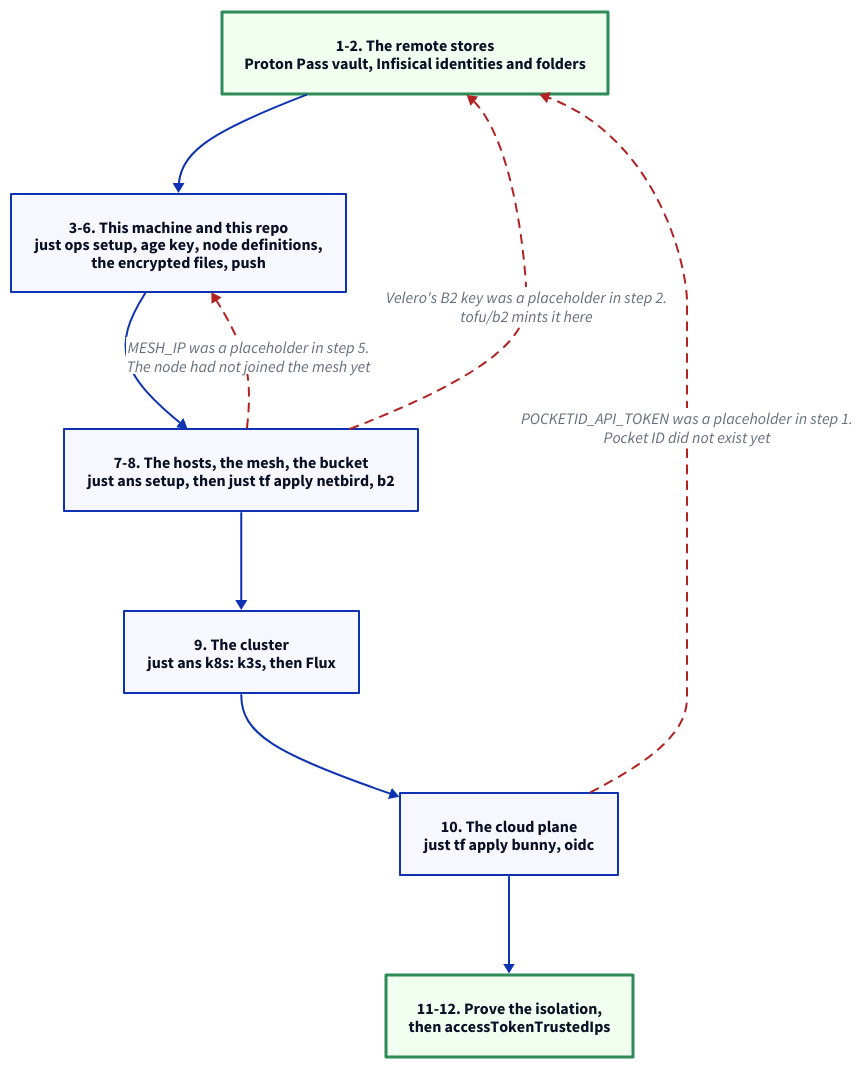
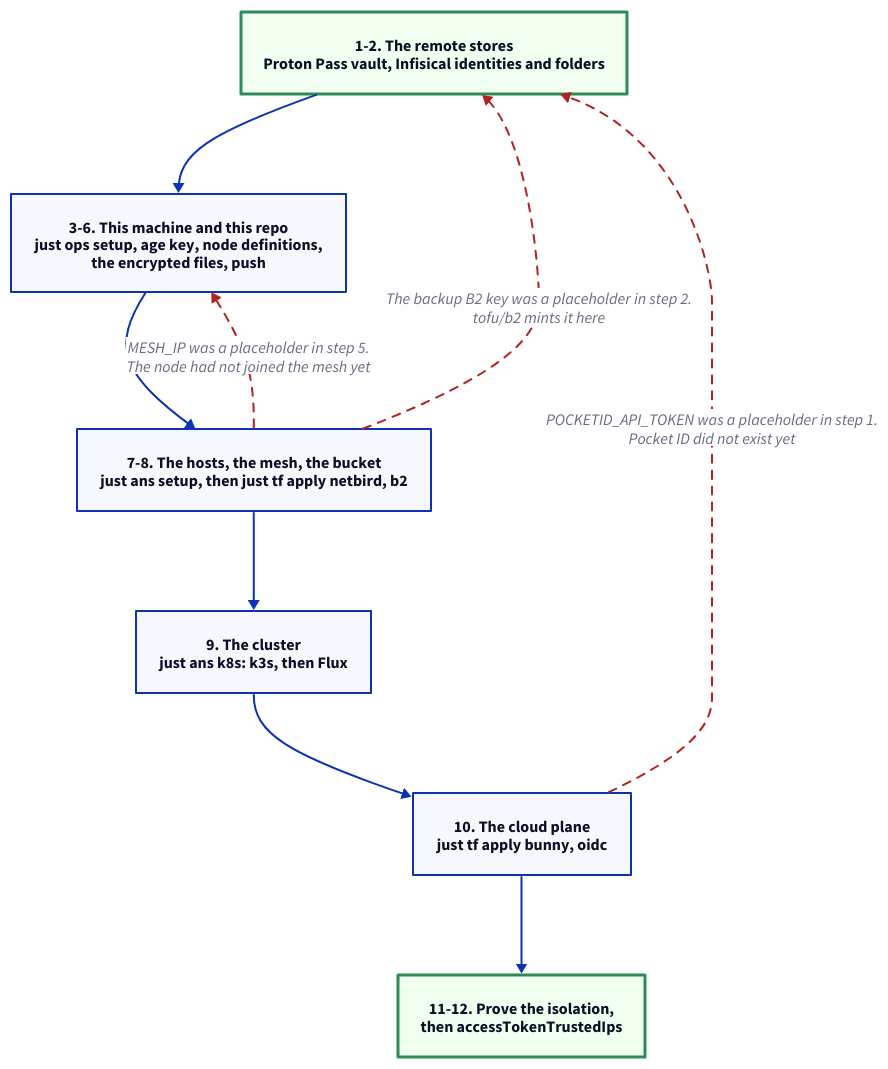
One commit to brewcoua/futhark changed the diagram in docs/src/operations/setup.md. Above: the diagram before and after it, drawn with D2. The commit also changed other lines of this file and 47 other files, not shown here.

First line of the commit message:
feat(backup)!: replace velero with k8up

````diff
--- a/docs/src/operations/setup.md
+++ b/docs/src/operations/setup.md
@@ -28,40 +28,40 @@
 ```d2
 direction: down
 
 classes: {
   boundary: {
     style: {
       stroke-width: 3
       stroke: seagreen
       fill: honeydew
     }
   }
   backfill: {
     style: {
       stroke: firebrick
       stroke-dash: 4
     }
   }
 }
 
 stores: "1-2. The remote stores\nProton Pass vault, Infisical identities and folders" {
   class: boundary
 }
 repo: "3-6. This machine and this repo\njust ops setup, age key, node definitions,\nthe encrypted files, push"
 hosts: "7-8. The hosts, the mesh, the bucket\njust ans setup, then just tf apply netbird, b2"
 cluster: "9. The cluster\njust ans k8s: k3s, then Flux"
 cloud: "10. The cloud plane\njust tf apply bunny, oidc"
 after: "11-12. Prove the isolation,\nthen accessTokenTrustedIps" { class: boundary }
 
 stores -> repo -> hosts -> cluster -> cloud -> after
 
 hosts -> repo: "MESH_IP was a placeholder in step 5.\nThe node had not joined the mesh yet" {
   class: backfill
 }
-hosts -> stores: "Velero's B2 key was a placeholder in step 2.\ntofu/b2 mints it here" {
+hosts -> stores: "The backup B2 key was a placeholder in step 2.\ntofu/b2 mints it here" {
   class: backfill
 }
 cloud -> stores: "POCKETID_API_TOKEN was a placeholder in step 1.\nPocket ID did not exist yet" {
   class: backfill
 }
 ```
````
